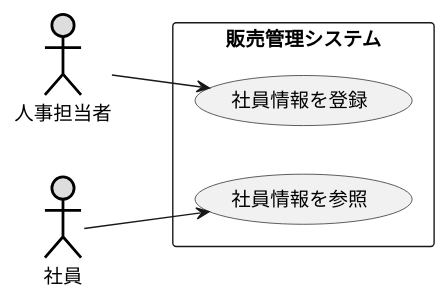
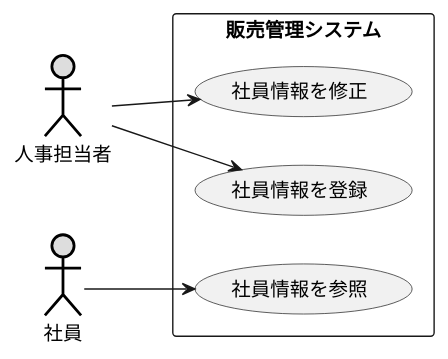
Before and after one commit to Tackey-11/uml-intro: the diagram in 演習2-5_盛岡システム_従業員登録システム.pu, drawn with PlantUML. The commit also changed 2 other files, not shown here.

```diff
--- a/演習2-5_盛岡システム_従業員登録システム.pu
+++ b/演習2-5_盛岡システム_従業員登録システム.pu
@@ -1,16 +1,18 @@
 @startuml ユースケース図
 left to right direction
 
 actor 人事担当者#DDDDDD;line:black;line.bold;
 actor 社員#DDDDDD;line:black;line.bold;
 
 rectangle 販売管理システム {
 
 usecase (社員情報を登録) as case1
 usecase (社員情報を参照) as case2
+usecase (社員情報を修正) as case3
 }
 
 人事担当者 --> case1
 社員 --> case2
+人事担当者 --> case3
 
 @enduml
```
